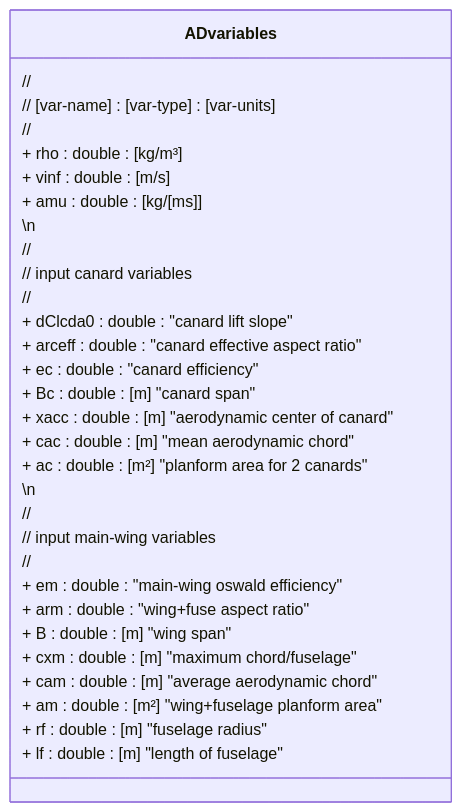
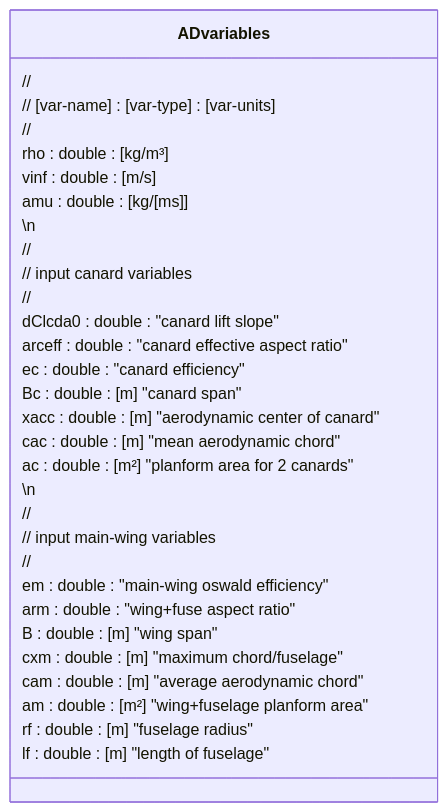
Before and after one commit to Transonic-Integrated-AeroDesign/AeroDes: the first of 2 diagrams in src/readme.md, drawn with Mermaid. The commit also changed other lines of this file, not shown here.

````diff
--- a/src/readme.md
+++ b/src/readme.md
@@ -5,35 +5,35 @@
 ```mermaid
 classDiagram
   direction TB
   class ADvariables {
     // 
     // [var-name] : [var-type] : [var-units]
     //  
-    + rho : double : [kg/m&sup3]
-    + vinf : double : [m/s]
-    + amu : double : [kg/[ms]]
+    rho : double : [kg/m&sup3]
+    vinf : double : [m/s]
+    amu : double : [kg/[ms]]
     \n
     //
     // input canard variables
     //
-    + dClcda0 : double : "canard lift slope"
-    + arceff : double : "canard effective aspect ratio"
-    + ec : double : "canard efficiency"
-    + Bc : double : [m] "canard span"
-    + xacc : double : [m] "aerodynamic center of canard"
-    + cac : double : [m] "mean aerodynamic chord"
-    + ac : double : [m&sup2] "planform area for 2 canards"
+    dClcda0 : double : "canard lift slope"
+    arceff : double : "canard effective aspect ratio"
+    ec : double : "canard efficiency"
+    Bc : double : [m] "canard span"
+    xacc : double : [m] "aerodynamic center of canard"
+    cac : double : [m] "mean aerodynamic chord"
+    ac : double : [m&sup2] "planform area for 2 canards"
     \n
     //
     // input main-wing variables
     //
-    + em : double : "main-wing oswald efficiency"
-    + arm : double : "wing+fuse aspect ratio"
-    + B : double : [m] "wing span"
-    + cxm : double : [m] "maximum chord/fuselage"
-    + cam : double : [m] "average aerodynamic chord"
-    + am : double : [m&sup2] "wing+fuselage planform area"
-    + rf : double : [m] "fuselage radius"
-    + lf : double : [m] "length of fuselage"
+    em : double : "main-wing oswald efficiency"
+    arm : double : "wing+fuse aspect ratio"
+    B : double : [m] "wing span"
+    cxm : double : [m] "maximum chord/fuselage"
+    cam : double : [m] "average aerodynamic chord"
+    am : double : [m&sup2] "wing+fuselage planform area"
+    rf : double : [m] "fuselage radius"
+    lf : double : [m] "length of fuselage"
   }
 ```
````
